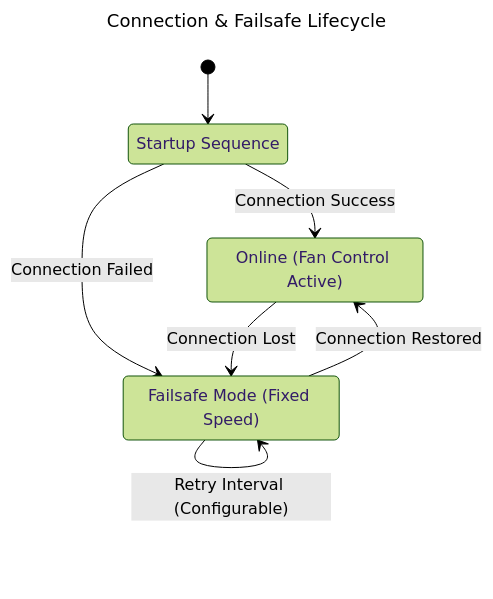
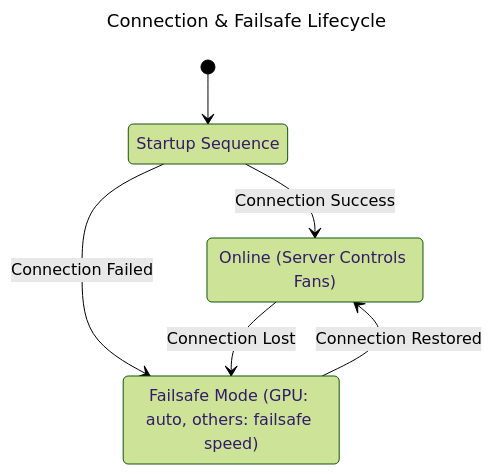
The diagram in documentation/public/wiki/Agents-Windows.md (Anexgohan/pankha), drawn with Mermaid (forest theme) before and after one commit. The commit also changed other lines of this file and 12 other files, not shown here.

````diff
--- a/documentation/public/wiki/Agents-Windows.md
+++ b/documentation/public/wiki/Agents-Windows.md
@@ -11,19 +14,17 @@
 ```mermaid
 ---
 title: Connection & Failsafe Lifecycle
 ---
 stateDiagram-v2
     [*] --> Startup
-    
+
     state "Startup Sequence" as Startup
-    state "Online (Fan Control Active)" as Online
-    state "Failsafe Mode (Fixed Speed)" as Failsafe
-    
+    state "Online (Server Controls Fans)" as Online
+    state "Failsafe Mode (GPU: auto, others: failsafe speed)" as Failsafe
+
     Startup --> Online : Connection Success
     Startup --> Failsafe : Connection Failed
-    
+
     Online --> Failsafe : Connection Lost
     Failsafe --> Online : Connection Restored
-    
-    Failsafe --> Failsafe : Retry Interval (Configurable)
 ```
````
